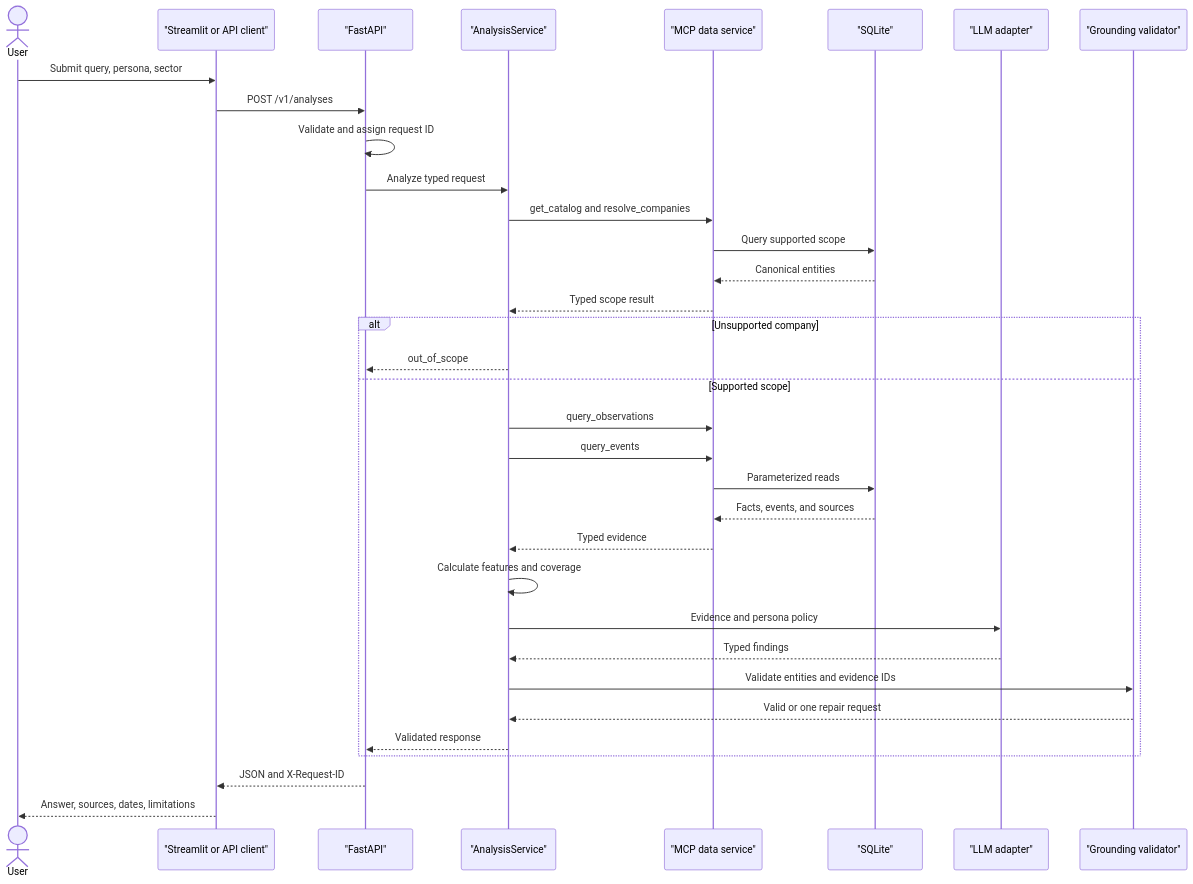
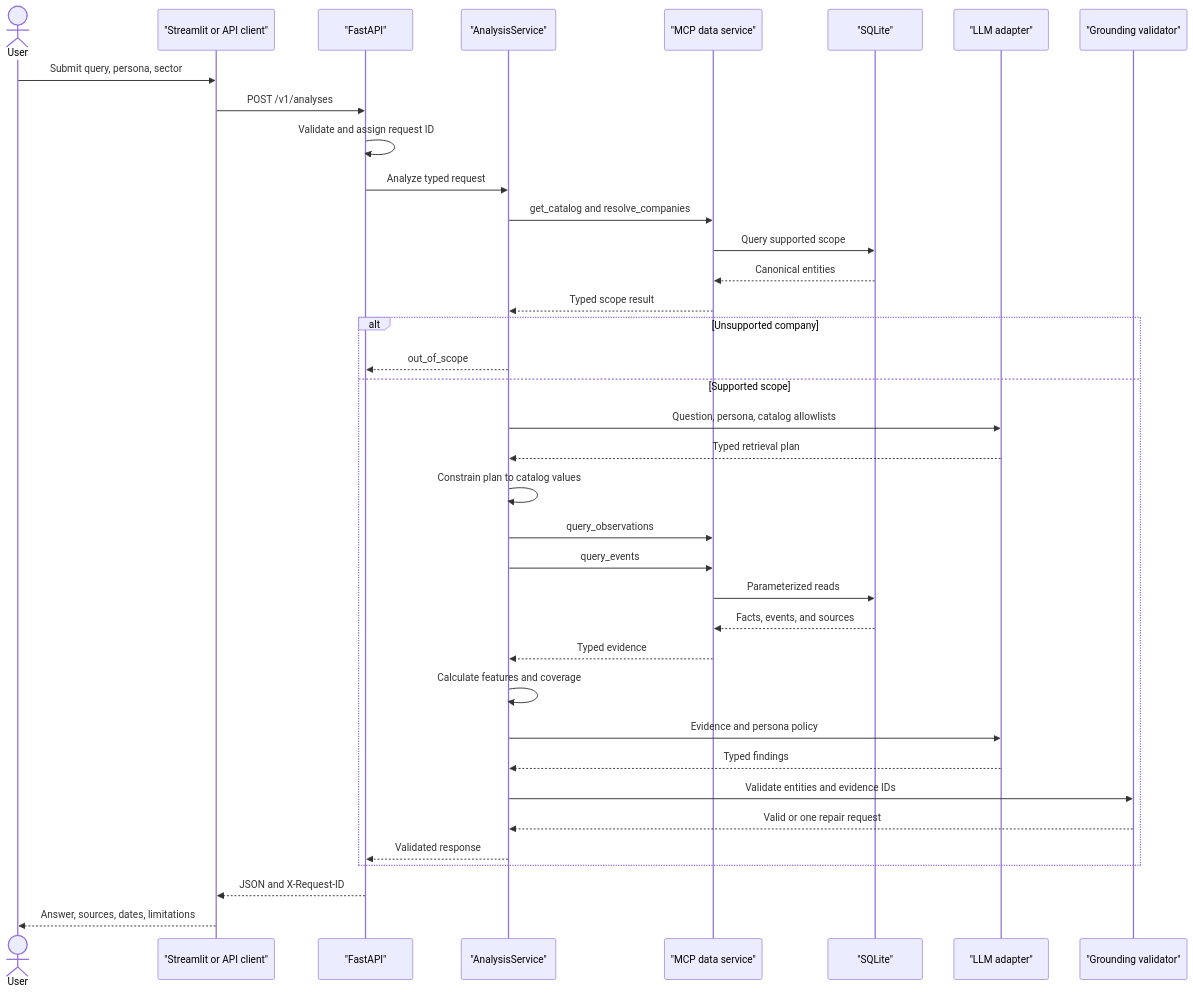
One commit to salujajaskeerat/FinAgent changed the diagram in docs/diagrams/api-sequence.mmd. Above: the diagram before and after it, drawn with Mermaid. The commit also changed 13 other files, not shown here.

```diff
--- a/docs/diagrams/api-sequence.mmd
+++ b/docs/diagrams/api-sequence.mmd
@@ -1,38 +1,41 @@
 sequenceDiagram
     actor User
     participant Client as "Streamlit or API client"
     participant API as "FastAPI"
     participant Agent as "AnalysisService"
     participant MCP as "MCP data service"
     participant DB as "SQLite"
     participant LLM as "LLM adapter"
     participant Validator as "Grounding validator"
 
     User->>Client: Submit query, persona, sector
     Client->>API: POST /v1/analyses
     API->>API: Validate and assign request ID
     API->>Agent: Analyze typed request
 
     Agent->>MCP: get_catalog and resolve_companies
     MCP->>DB: Query supported scope
     DB-->>MCP: Canonical entities
     MCP-->>Agent: Typed scope result
 
     alt Unsupported company
         Agent-->>API: out_of_scope
     else Supported scope
+        Agent->>LLM: Question, persona, catalog allowlists
+        LLM-->>Agent: Typed retrieval plan
+        Agent->>Agent: Constrain plan to catalog values
         Agent->>MCP: query_observations
         Agent->>MCP: query_events
         MCP->>DB: Parameterized reads
         DB-->>MCP: Facts, events, and sources
         MCP-->>Agent: Typed evidence
         Agent->>Agent: Calculate features and coverage
         Agent->>LLM: Evidence and persona policy
         LLM-->>Agent: Typed findings
         Agent->>Validator: Validate entities and evidence IDs
         Validator-->>Agent: Valid or one repair request
         Agent-->>API: Validated response
     end
 
     API-->>Client: JSON and X-Request-ID
     Client-->>User: Answer, sources, dates, limitations
```
